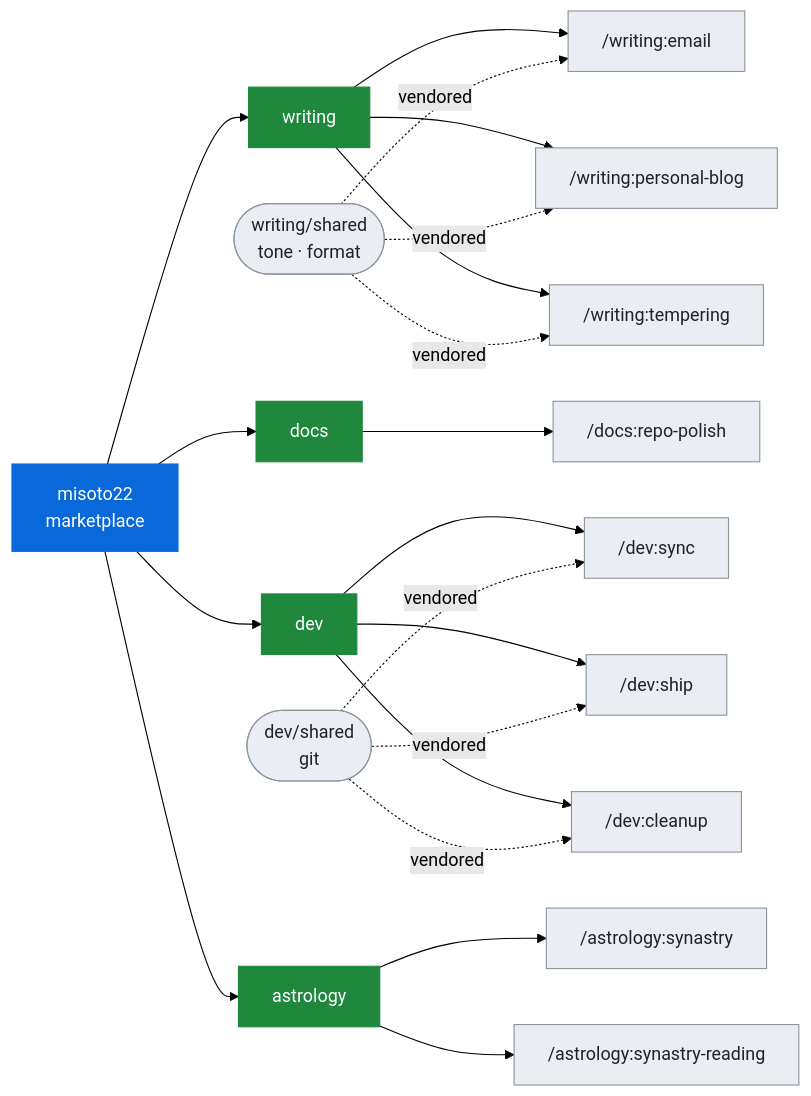
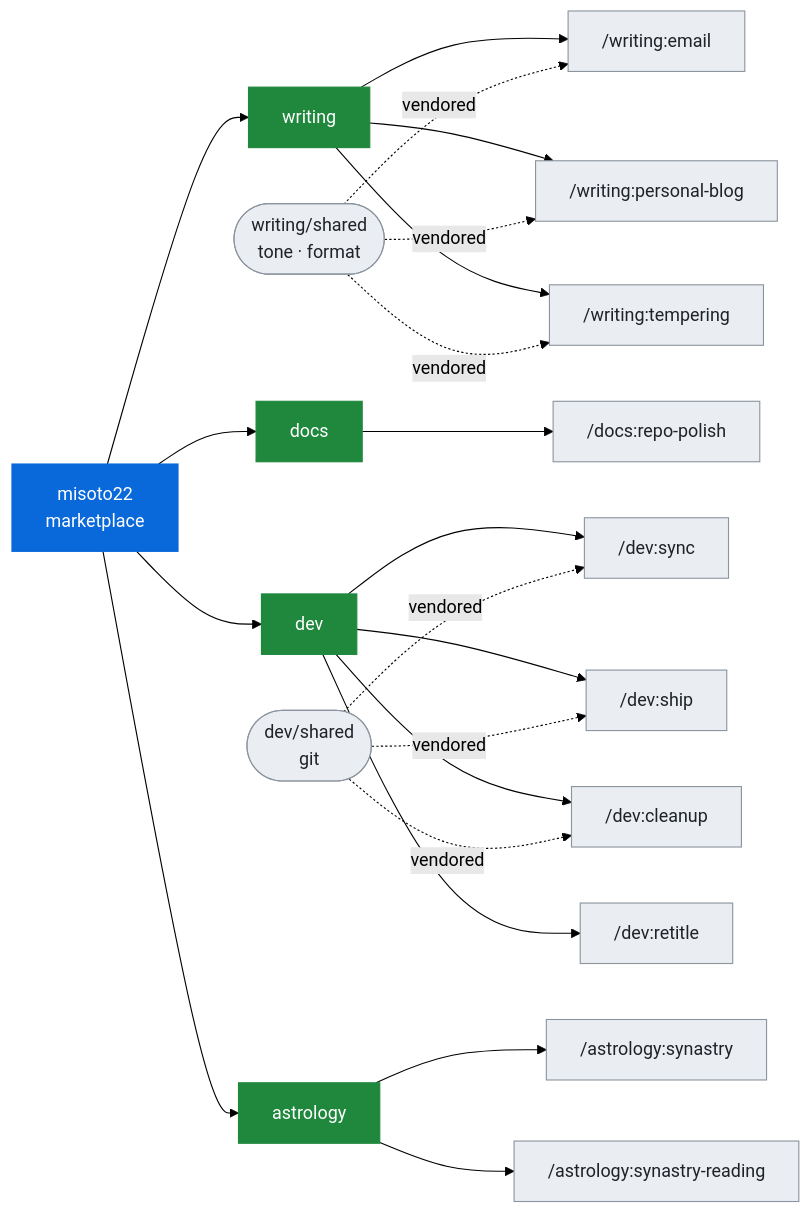
One commit to Misoto22/skills changed the diagram in README.md. Above: the diagram before and after it, drawn with Mermaid (forest theme). The commit also changed other lines of this file and 17 other files, not shown here.

````diff
--- a/README.md
+++ b/README.md
@@ -222,17 +223,17 @@
 ```mermaid
 flowchart LR
   M["misoto22<br/>marketplace"] --> W["writing"] & D["docs"] & V["dev"] & A["astrology"]
   W --> E["/writing:email"] & PB["/writing:personal-blog"] & T["/writing:tempering"]
   D --> R["/docs:repo-polish"]
-  V --> SY["/dev:sync"] & SH["/dev:ship"] & CL["/dev:cleanup"]
+  V --> SY["/dev:sync"] & SH["/dev:ship"] & CL["/dev:cleanup"] & RT["/dev:retitle"]
   A --> SN["/astrology:synastry"] & SR["/astrology:synastry-reading"]
   SW(["writing/shared<br/>tone · format"]) -.vendored.-> E & PB & T
   SV(["dev/shared<br/>git"]) -.vendored.-> SY & SH & CL
 
   classDef m fill:#0969da,stroke:#0969da,color:#fff
   classDef p fill:#1f883d,stroke:#1f883d,color:#fff
   classDef s fill:#eaeef2,stroke:#8c959f,color:#1f2328
   class M m
   class W,D,V,A p
-  class E,PB,T,R,SY,SH,CL,SN,SR,SW,SV s
+  class E,PB,T,R,SY,SH,CL,RT,SN,SR,SW,SV s
 ```
````
